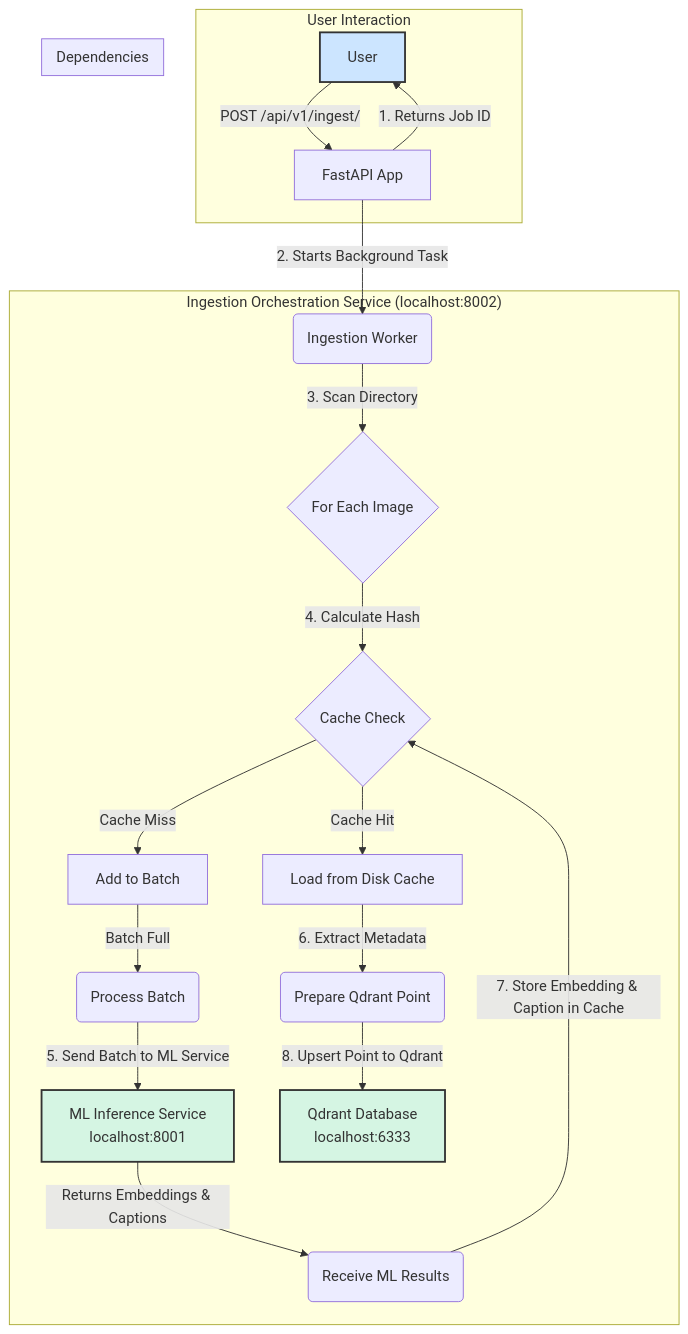
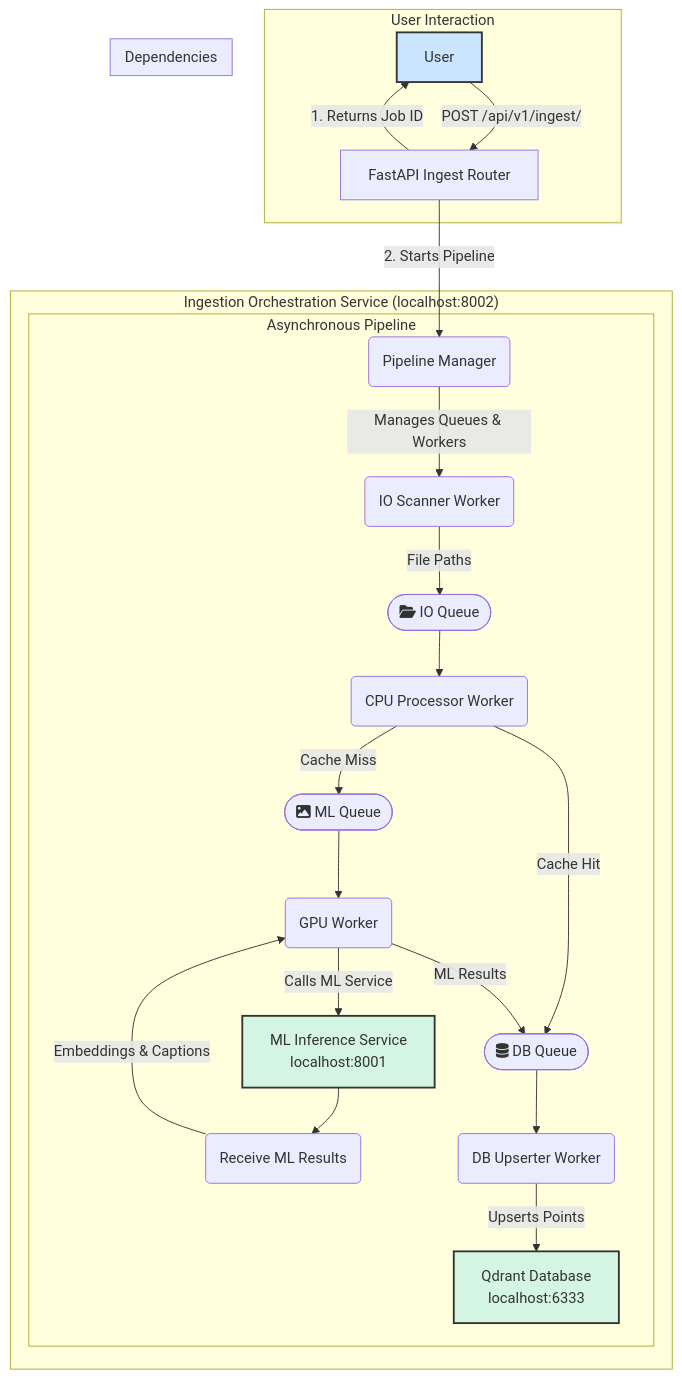
The diagram in backend/ingestion_orchestration_fastapi_app/README.md (rm2thaddeus/Pixel_Detective), drawn with Mermaid before and after one commit. The commit also changed other lines of this file and 20 other files, not shown here.

First line of the commit message:
feat: implement comprehensive ML pipeline with image processing and inference services

````diff
--- a/backend/ingestion_orchestration_fastapi_app/README.md
+++ b/backend/ingestion_orchestration_fastapi_app/README.md
@@ -9,29 +9,34 @@
 ```mermaid
 graph TD
     subgraph "User Interaction"
-        User -- "POST /api/v1/ingest/" --> A
+        User -- "POST /api/v1/ingest/" --> IngestRouter
     end
 
     subgraph "Ingestion Orchestration Service (localhost:8002)"
-        A[FastAPI App] -- "1. Returns Job ID" --> User
-        A -- "2. Starts Background Task" --> B(Ingestion Worker)
-        B -- "3. Scan Directory" --> C{For Each Image}
-        C -- "4. Calculate Hash" --> D{Cache Check}
-        D -- "Cache Hit" --> E[Load from Disk Cache]
-        D -- "Cache Miss" --> F[Add to Batch]
-        F -- "Batch Full" --> G(Process Batch)
-        G -- "5. Send Batch to ML Service" --> H
-        E -- "6. Extract Metadata" --> I(Prepare Qdrant Point)
-        J -- "7. Store Embedding & Caption in Cache" --> D
-        I -- "8. Upsert Point to Qdrant" --> K
+        IngestRouter[FastAPI Ingest Router] -- "1. Returns Job ID" --> User
+        IngestRouter -- "2. Starts Pipeline" --> PM(Pipeline Manager)
+        
+        subgraph "Asynchronous Pipeline"
+            PM -- "Manages Queues & Workers" --> IO_Scanner
+            IO_Scanner(IO Scanner Worker) -- "File Paths" --> IO_Queue([fa:fa-folder-open IO Queue])
+            IO_Queue --> CPU_Processor(CPU Processor Worker)
+            CPU_Processor -- "Cache Miss" --> ML_Queue([fa:fa-image ML Queue])
+            CPU_Processor -- "Cache Hit" --> DB_Queue([fa:fa-database DB Queue])
+            ML_Queue --> GPU_Worker(GPU Worker)
+            GPU_Worker -- "Calls ML Service" --> H
+            J -- "Embeddings & Captions" --> GPU_Worker
+            GPU_Worker -- "ML Results" --> DB_Queue
+            DB_Queue --> DB_Upserter(DB Upserter Worker)
+            DB_Upserter -- "Upserts Points" --> K
+        end
     end
 
     subgraph "Dependencies"
-        H[ML Inference Service<br/>localhost:8001] -- "Returns Embeddings & Captions" --> J(Receive ML Results)
+        H[ML Inference Service<br/>localhost:8001] --> J(Receive ML Results)
         K[Qdrant Database<br/>localhost:6333]
     end
 
     style User fill:#cce5ff,stroke:#333,stroke-width:2px
     style H fill:#d5f5e3,stroke:#333,stroke-width:2px
     style K fill:#d5f5e3,stroke:#333,stroke-width:2px
 ```
````
